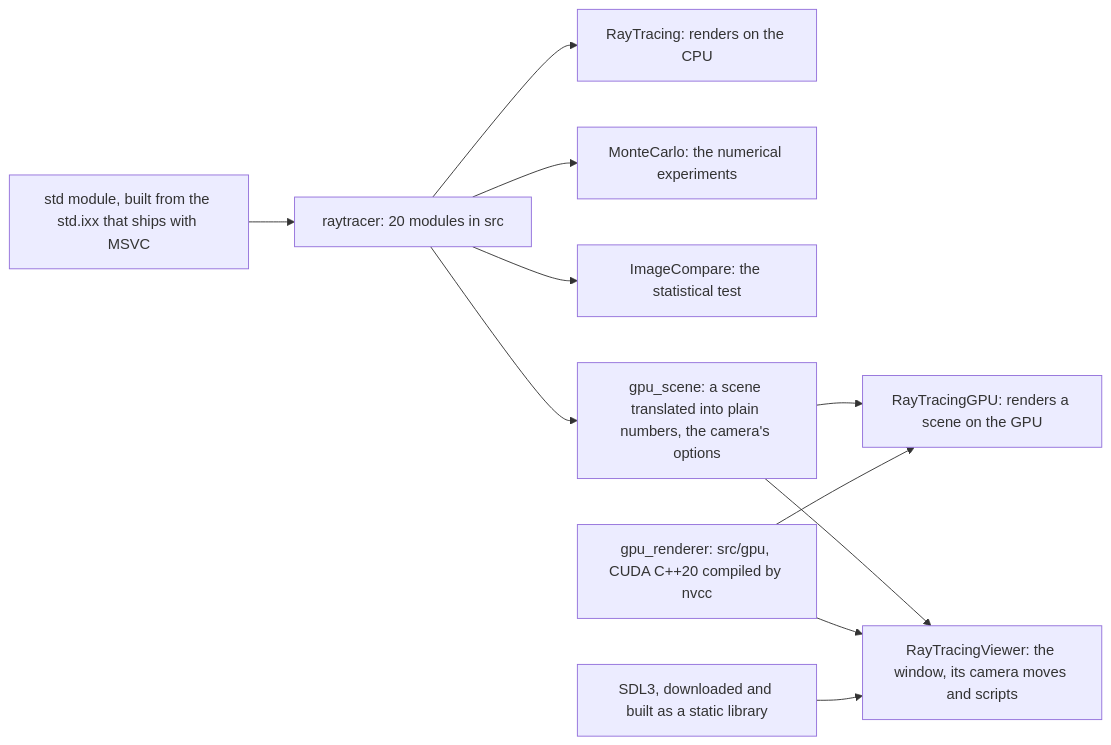
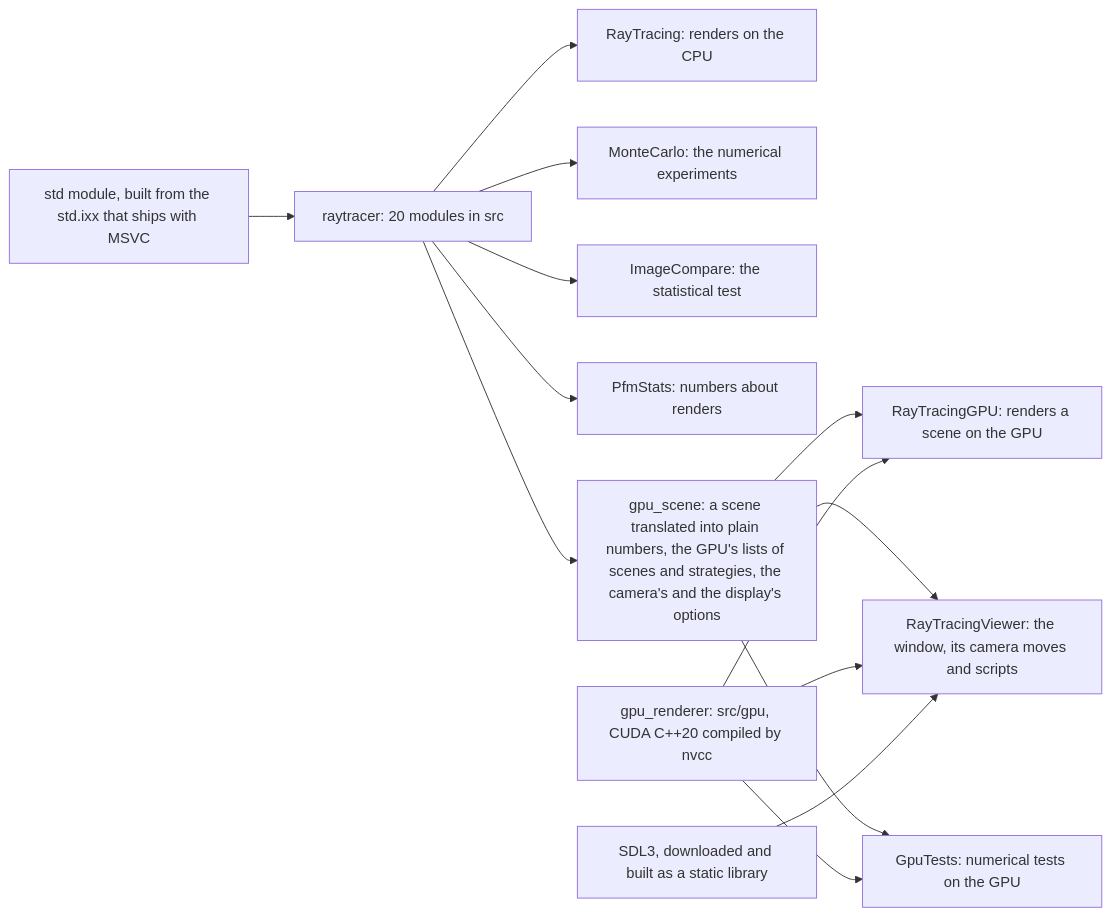
Before and after one commit to DaniilK19/RayTracing: the diagram in docs/architecture.md, drawn with Mermaid. The commit also changed other lines of this file and 25 other files, not shown here.

````diff
--- a/docs/architecture.md
+++ b/docs/architecture.md
@@ -63,13 +74,16 @@
 ```mermaid
 flowchart LR
     std["std module, built from the std.ixx that ships with MSVC"] --> lib["raytracer: 20 modules in src"]
     lib --> rt["RayTracing: renders on the CPU"]
     lib --> mc["MonteCarlo: the numerical experiments"]
     lib --> ic["ImageCompare: the statistical test"]
-    lib --> gs["gpu_scene: a scene translated into plain numbers, the camera's options"]
+    lib --> ps["PfmStats: numbers about renders"]
+    lib --> gs["gpu_scene: a scene translated into plain numbers, the GPU's lists of scenes and strategies, the camera's and the display's options"]
     gs --> gp["RayTracingGPU: renders a scene on the GPU"]
     gs --> vw["RayTracingViewer: the window, its camera moves and scripts"]
+    gs --> gt["GpuTests: numerical tests on the GPU"]
     cu["gpu_renderer: src/gpu, CUDA C++20 compiled by nvcc"] --> gp
     cu --> vw
+    cu --> gt
     sdl["SDL3, downloaded and built as a static library"] --> vw
 ```
````
